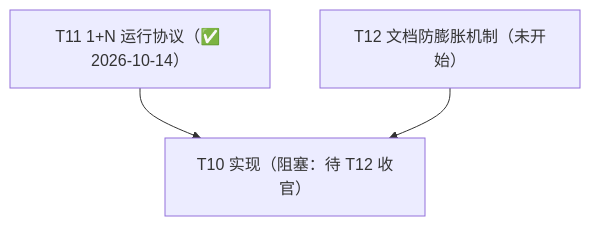
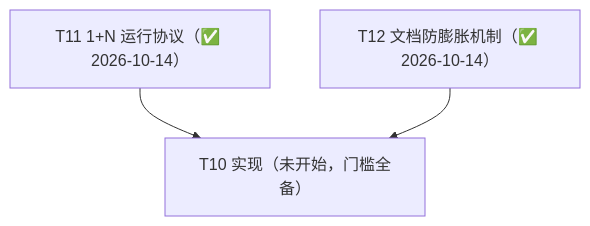
Before and after one commit to metis-mind/metis: the diagram in docs/backlog.md, drawn with Mermaid. The commit also changed other lines of this file and 17 other files, not shown here.

````diff
--- a/docs/backlog.md
+++ b/docs/backlog.md
@@ -18,5 +18,5 @@
 ```mermaid
 graph TD
-    T11["T11 1+N 运行协议（✅ 2026-10-14）"] --> T10["T10 实现（阻塞：待 T12 收官）"]
-    T12["T12 文档防膨胀机制（未开始）"] --> T10
+    T11["T11 1+N 运行协议（✅ 2026-10-14）"] --> T10["T10 实现（未开始，门槛全备）"]
+    T12["T12 文档防膨胀机制（✅ 2026-10-14）"] --> T10
 ```
````
